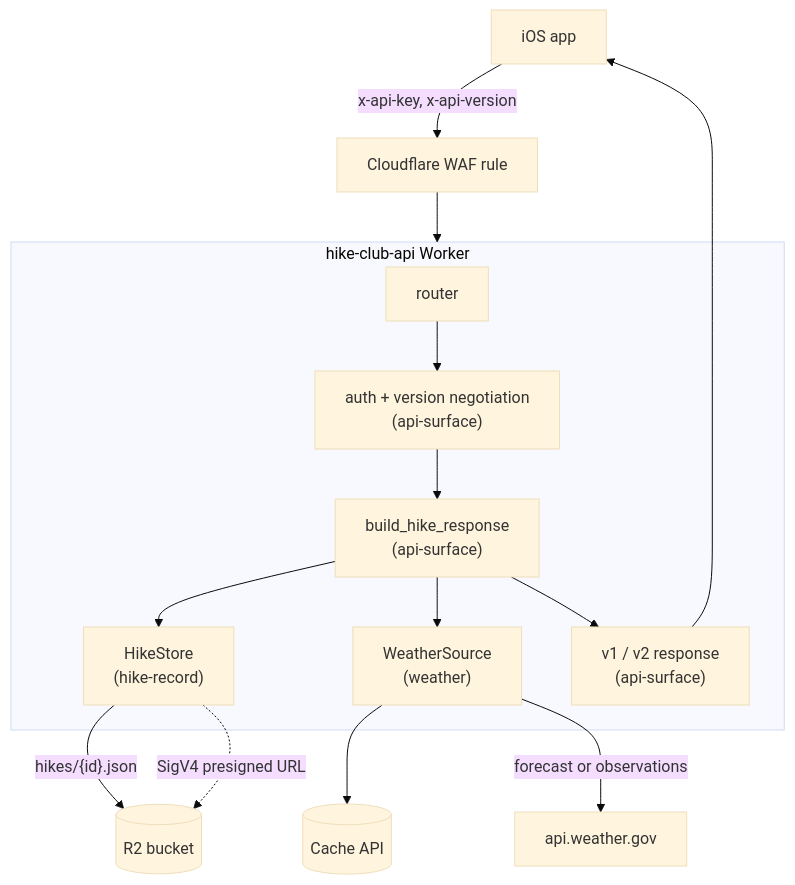
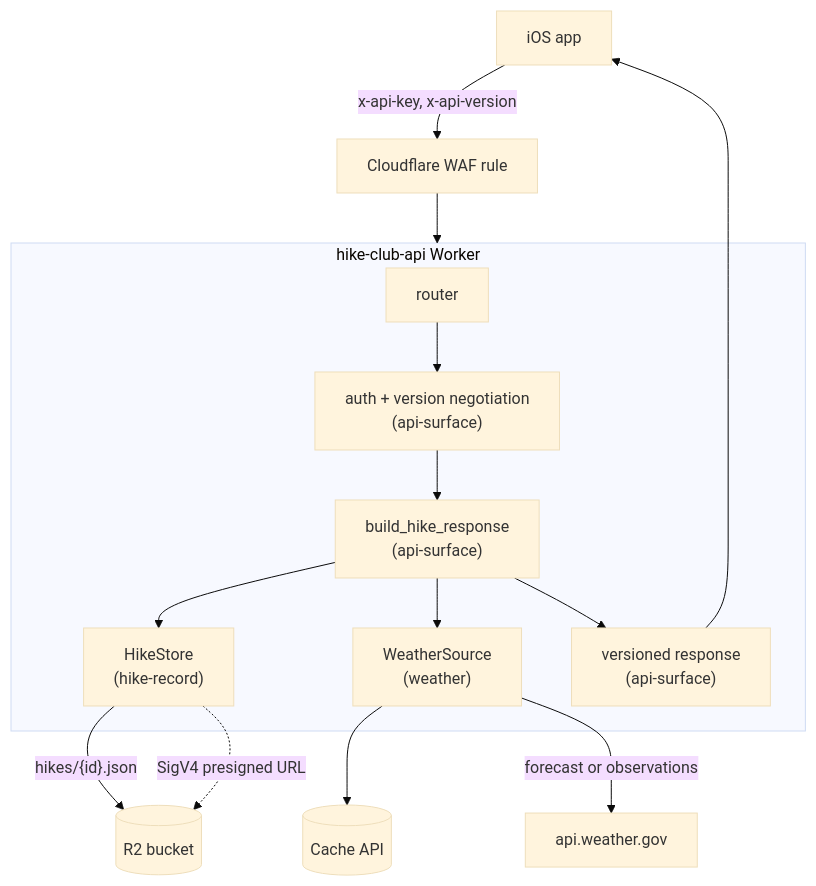
One commit to stephen-condon/hike-club-api changed the diagram in docs/high-level-design.md. Above: the diagram before and after it, drawn with Mermaid (base theme). The commit also changed other lines of this file and 16 other files, not shown here.

````diff
--- a/docs/high-level-design.md
+++ b/docs/high-level-design.md
@@ -57,19 +57,19 @@
 ```mermaid
 flowchart TD
     App[iOS app] -->|x-api-key, x-api-version| WAF[Cloudflare WAF rule]
     WAF --> Worker
 
     subgraph Worker["hike-club-api Worker"]
         Router[router] --> Gate["auth + version negotiation<br/>(api-surface)"]
         Gate --> Orch["build_hike_response<br/>(api-surface)"]
         Orch --> Store["HikeStore<br/>(hike-record)"]
         Orch --> Wx["WeatherSource<br/>(weather)"]
-        Orch --> Shape["v1 / v2 response<br/>(api-surface)"]
+        Orch --> Shape["versioned response<br/>(api-surface)"]
     end
 
     Store -->|"hikes/{id}.json"| R2[(R2 bucket)]
     Store -.->|SigV4 presigned URL| R2
     Wx --> Cache[(Cache API)]
     Wx -->|forecast or observations| NWS[api.weather.gov]
     Shape --> App
 ```
````
